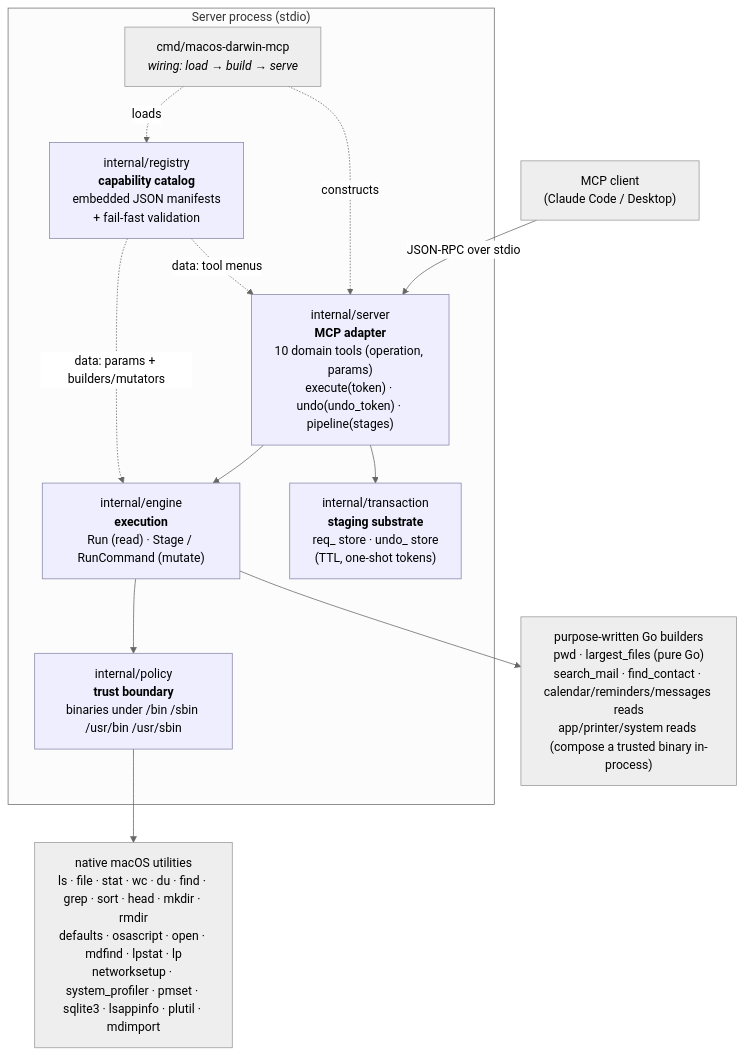
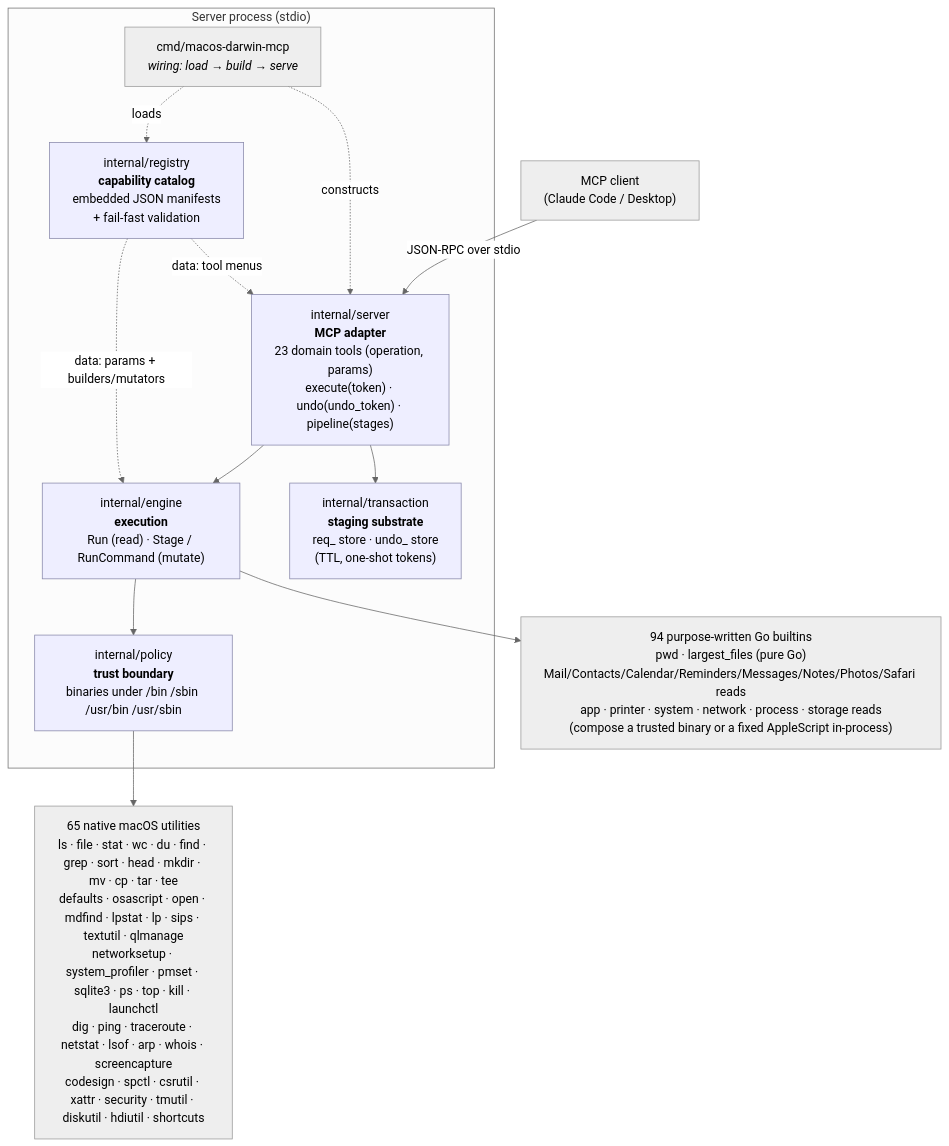
Before and after one commit to kinnoo-project/mcp-server-mac-os: the first of 3 diagrams in docs/architecture.md, drawn with Mermaid (neutral theme). The commit also changed other lines of this file and 4 other files, not shown here.

````diff
--- a/docs/architecture.md
+++ b/docs/architecture.md
@@ -55,30 +60,30 @@
 ```mermaid
 flowchart TD
     Client["MCP client<br/>(Claude Code / Desktop)"]
 
     subgraph proc["Server process (stdio)"]
         Main["cmd/macos-darwin-mcp<br/><i>wiring: load → build → serve</i>"]
-        ServerPkg["internal/server<br/><b>MCP adapter</b><br/>10 domain tools (operation, params)<br/>execute(token) · undo(undo_token) · pipeline(stages)"]
+        ServerPkg["internal/server<br/><b>MCP adapter</b><br/>23 domain tools (operation, params)<br/>execute(token) · undo(undo_token) · pipeline(stages)"]
         Engine["internal/engine<br/><b>execution</b><br/>Run (read) · Stage / RunCommand (mutate)"]
         Policy["internal/policy<br/><b>trust boundary</b><br/>binaries under /bin /sbin /usr/bin /usr/sbin"]
         Registry["internal/registry<br/><b>capability catalog</b><br/>embedded JSON manifests<br/>+ fail-fast validation"]
         Txn["internal/transaction<br/><b>staging substrate</b><br/>req_ store · undo_ store<br/>(TTL, one-shot tokens)"]
     end
 
-    Native["native macOS utilities<br/>ls · file · stat · wc · du · find · grep · sort · head · mkdir · rmdir<br/>defaults · osascript · open · mdfind · lpstat · lp<br/>networksetup · system_profiler · pmset · sqlite3 · lsappinfo · plutil · mdimport"]
-    Builtin["purpose-written Go builders<br/>pwd · largest_files (pure Go)<br/>search_mail · find_contact · calendar/reminders/messages reads<br/>app/printer/system reads (compose a trusted binary in-process)"]
+    Native["65 native macOS utilities<br/>ls · file · stat · wc · du · find · grep · sort · head · mkdir · mv · cp · tar · tee<br/>defaults · osascript · open · mdfind · lpstat · lp · sips · textutil · qlmanage<br/>networksetup · system_profiler · pmset · sqlite3 · ps · top · kill · launchctl<br/>dig · ping · traceroute · netstat · lsof · arp · whois · screencapture<br/>codesign · spctl · csrutil · xattr · security · tmutil · diskutil · hdiutil · shortcuts"]
+    Builtin["94 purpose-written Go builtins<br/>pwd · largest_files (pure Go)<br/>Mail/Contacts/Calendar/Reminders/Messages/Notes/Photos/Safari reads<br/>app · printer · system · network · process · storage reads<br/>(compose a trusted binary or a fixed AppleScript in-process)"]
 
     Client -- "JSON-RPC over stdio" --> ServerPkg
     Main -. loads .-> Registry
     Main -. constructs .-> ServerPkg
     ServerPkg --> Engine
     ServerPkg --> Txn
     Engine --> Policy
     Policy --> Native
     Engine --> Builtin
     Registry -. "data: tool menus" .-> ServerPkg
     Registry -. "data: params + builders/mutators" .-> Engine
 
     classDef layer fill:#eef,stroke:#88a,color:#000;
     class ServerPkg,Engine,Policy,Registry,Txn layer;
 ```
````
